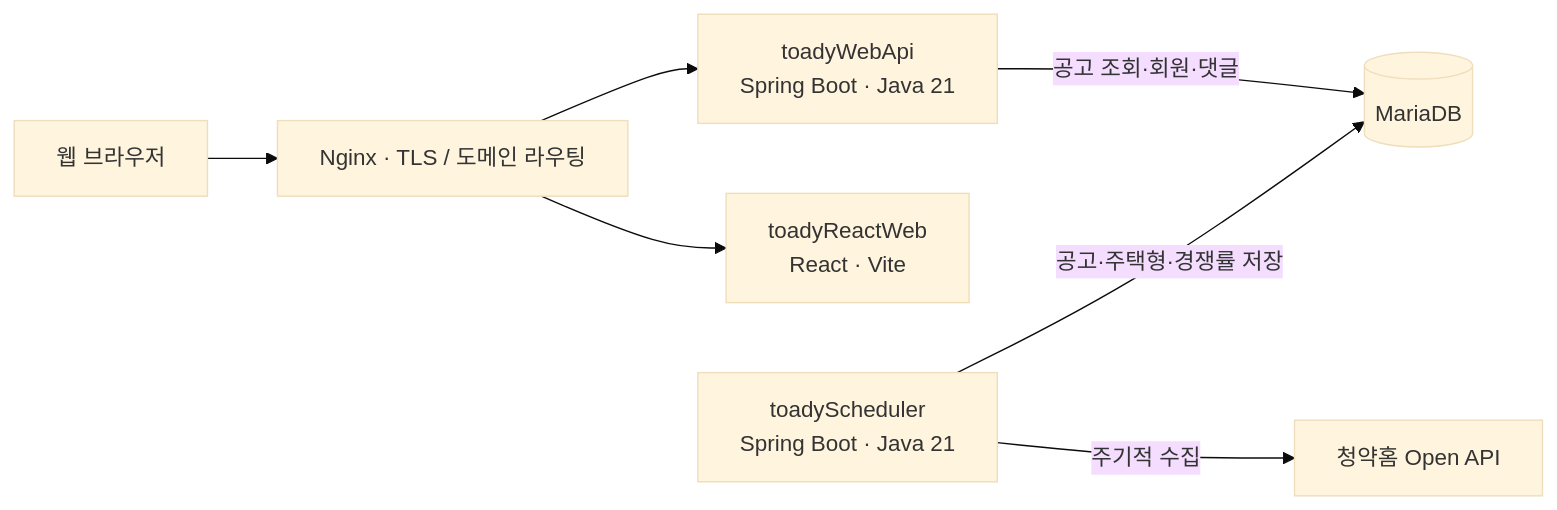
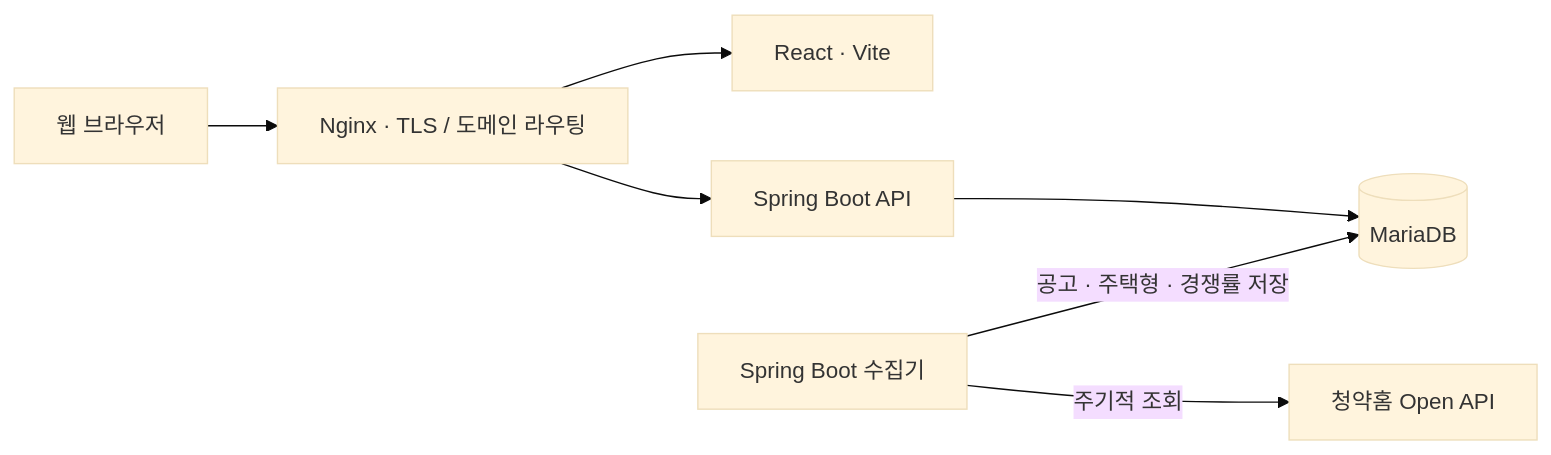
Before and after one commit to hyunyoul1004/toady: the first of 2 diagrams in README.md, drawn with Mermaid (base theme). The commit also changed other lines of this file and 60 other files, not shown here.

````diff
--- a/README.md
+++ b/README.md
@@ -21,10 +31,9 @@
 ```mermaid
 flowchart LR
-    Browser["웹 브라우저"]
-    Browser --> Ingress["Nginx · TLS / 도메인 라우팅"]
-    Ingress --> Web["toadyReactWeb<br/>React · Vite"]
-    Ingress --> API["toadyWebApi<br/>Spring Boot · Java 21"]
-    Scheduler["toadyScheduler<br/>Spring Boot · Java 21"] -->|"주기적 수집"| Applyhome["청약홈 Open API"]
-    Scheduler -->|"공고·주택형·경쟁률 저장"| DB[("MariaDB")]
-    API -->|"공고 조회·회원·댓글"| DB
+    Browser[웹 브라우저] --> Nginx[Nginx · TLS / 도메인 라우팅]
+    Nginx --> Web[React · Vite]
+    Nginx --> API[Spring Boot API]
+    API --> DB[(MariaDB)]
+    Scheduler[Spring Boot 수집기] -->|주기적 조회| Applyhome[청약홈 Open API]
+    Scheduler -->|공고 · 주택형 · 경쟁률 저장| DB
 ```
````
